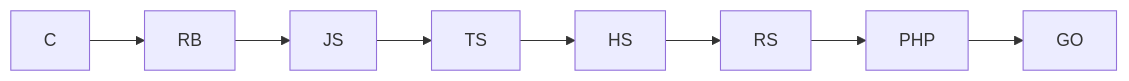
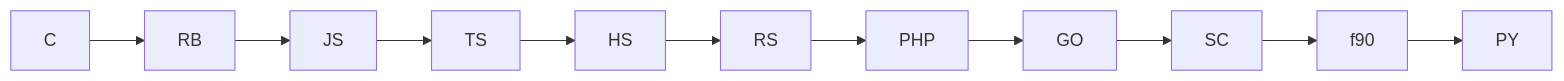
Before and after one commit to plutoniumm/x: the diagram in readme.md, drawn with Mermaid. The commit also changed other lines of this file and 8 other files, not shown here.

````diff
--- a/readme.md
+++ b/readme.md
@@ -15,6 +16,7 @@
 ```mermaid
 graph LR
  C --> RB --> JS -->
 TS --> HS --> RS -->
-PHP --> GO
+PHP --> GO --> SC -->
+f90 --> PY
 ```
````
